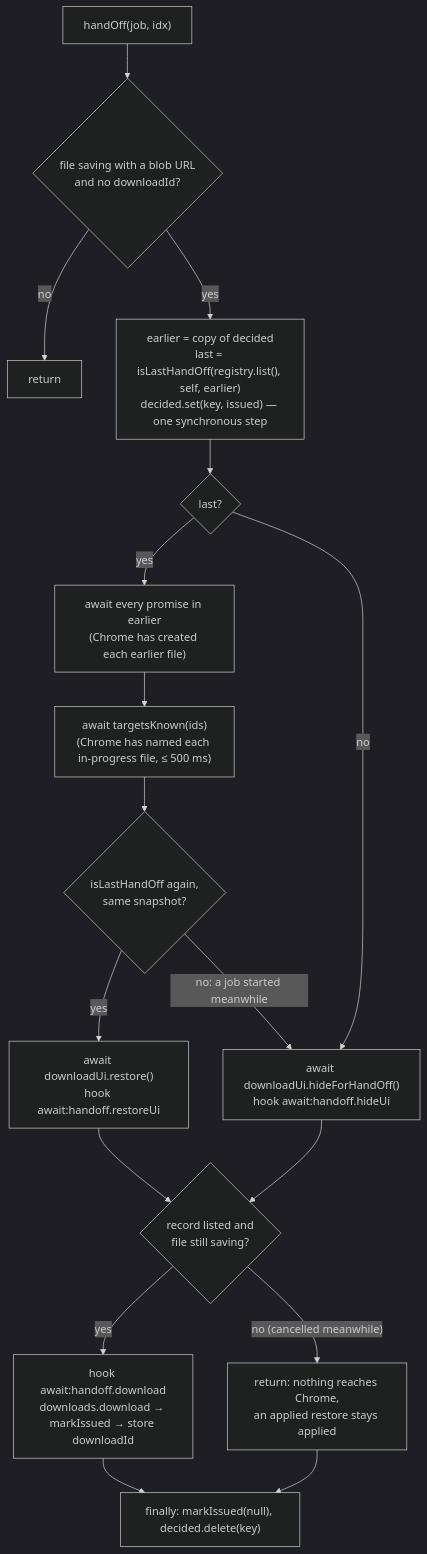
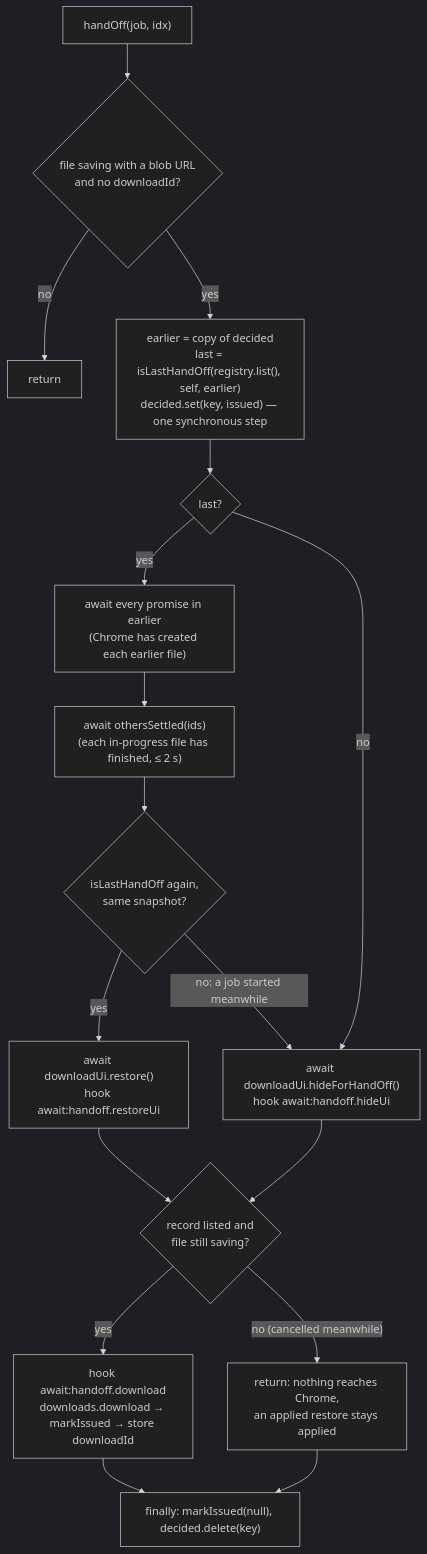
The third of 8 diagrams in docs/design/design-download-engine.md (kyoicn/pixivhelper), drawn with Mermaid (dark theme) before and after one commit. The commit also changed other lines of this file and 9 other files, not shown here.

````diff
--- a/docs/design/design-download-engine.md
+++ b/docs/design/design-download-engine.md
@@ -632,19 +632,19 @@
 ```mermaid
 flowchart TD
   A["handOff(job, idx)"] --> B{"file saving with a blob URL<br/>and no downloadId?"}
   B -- no --> Z[return]
   B -- yes --> C["earlier = copy of decided<br/>last = isLastHandOff(registry.list(), self, earlier)<br/>decided.set(key, issued) — one synchronous step"]
   C --> D{last?}
   D -- yes --> W["await every promise in earlier<br/>(Chrome has created each earlier file)"]
-  W --> T["await targetsKnown(ids)<br/>(Chrome has named each in-progress file, ≤ 500 ms)"]
+  W --> T["await othersSettled(ids)<br/>(each in-progress file has finished, ≤ 2 s)"]
   T --> R{"isLastHandOff again,<br/>same snapshot?"}
   R -- yes --> E["await downloadUi.restore()<br/>hook await:handoff.restoreUi"]
   R -- "no: a job started meanwhile" --> F
   D -- no --> F["await downloadUi.hideForHandOff()<br/>hook await:handoff.hideUi"]
   E --> G{"record listed and<br/>file still saving?"}
   F --> G
   G -- "no (cancelled meanwhile)" --> Y["return: nothing reaches Chrome,<br/>an applied restore stays applied"]
   G -- yes --> H["hook await:handoff.download<br/>downloads.download → markIssued → store downloadId"]
   H --> X["finally: markIssued(null), decided.delete(key)"]
   Y --> X
 ```
````
